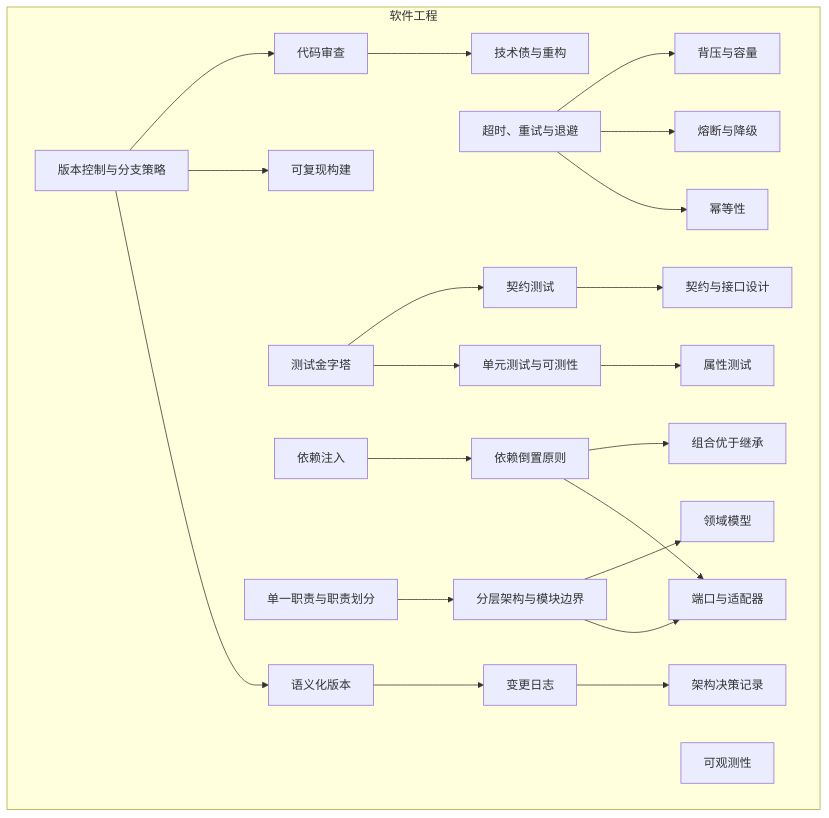
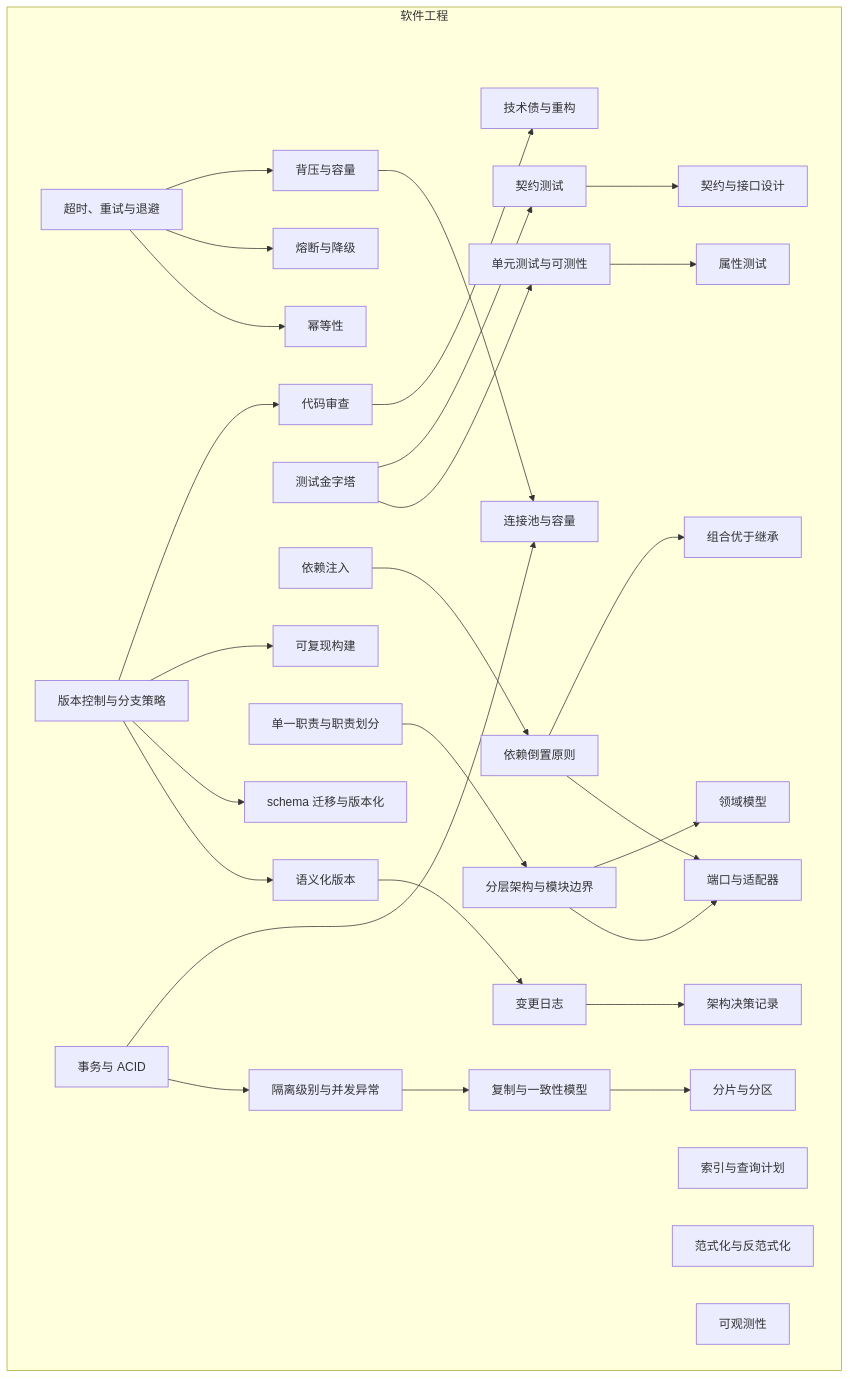
Before and after one commit to paike309/concept-atlas: the diagram in maps/software.md, drawn with Mermaid. The commit also changed other lines of this file and 18 other files, not shown here.

````diff
--- a/maps/software.md
+++ b/maps/software.md
@@ -13,48 +13,62 @@
 ```mermaid
 flowchart TD
     subgraph G_software["软件工程"]
     n_adr["架构决策记录"]
     n_backpressure["背压与容量"]
     n_changelog["变更日志"]
     n_circuit_breaker["熔断与降级"]
     n_code_review["代码审查"]
     n_composition_over_inheritance["组合优于继承"]
+    n_connection_pooling["连接池与容量"]
     n_contract_design["契约与接口设计"]
     n_contract_testing["契约测试"]
     n_dependency_injection["依赖注入"]
     n_dependency_inversion["依赖倒置原则"]
     n_domain_model["领域模型"]
     n_idempotency["幂等性"]
+    n_index_and_query_plan["索引与查询计划"]
     n_layered_architecture["分层架构与模块边界"]
+    n_normalization["范式化与反范式化"]
     n_observability["可观测性"]
     n_ports_and_adapters["端口与适配器"]
     n_property_based_testing["属性测试"]
+    n_replication_and_consistency["复制与一致性模型"]
     n_reproducible_build["可复现构建"]
+    n_schema_migration["schema 迁移与版本化"]
     n_semantic_versioning["语义化版本"]
+    n_sharding_and_partitioning["分片与分区"]
     n_single_responsibility["单一职责与职责划分"]
     n_technical_debt_refactoring["技术债与重构"]
     n_test_pyramid["测试金字塔"]
     n_timeout_retry_backoff["超时、重试与退避"]
+    n_transaction_isolation["隔离级别与并发异常"]
+    n_transactions_acid["事务与 ACID"]
     n_unit_testing["单元测试与可测性"]
     n_version_control_branching["版本控制与分支策略"]
     end
     n_changelog --> n_adr
     n_timeout_retry_backoff --> n_backpressure
     n_semantic_versioning --> n_changelog
     n_timeout_retry_backoff --> n_circuit_breaker
     n_version_control_branching --> n_code_review
     n_dependency_inversion --> n_composition_over_inheritance
+    n_transactions_acid --> n_connection_pooling
+    n_backpressure --> n_connection_pooling
     n_contract_testing --> n_contract_design
     n_test_pyramid --> n_contract_testing
     n_dependency_injection --> n_dependency_inversion
     n_layered_architecture --> n_domain_model
     n_timeout_retry_backoff --> n_idempotency
     n_single_responsibility --> n_layered_architecture
     n_dependency_inversion --> n_ports_and_adapters
     n_layered_architecture --> n_ports_and_adapters
     n_unit_testing --> n_property_based_testing
+    n_transaction_isolation --> n_replication_and_consistency
     n_version_control_branching --> n_reproducible_build
+    n_version_control_branching --> n_schema_migration
     n_version_control_branching --> n_semantic_versioning
+    n_replication_and_consistency --> n_sharding_and_partitioning
     n_code_review --> n_technical_debt_refactoring
+    n_transactions_acid --> n_transaction_isolation
     n_test_pyramid --> n_unit_testing
 ```
````
